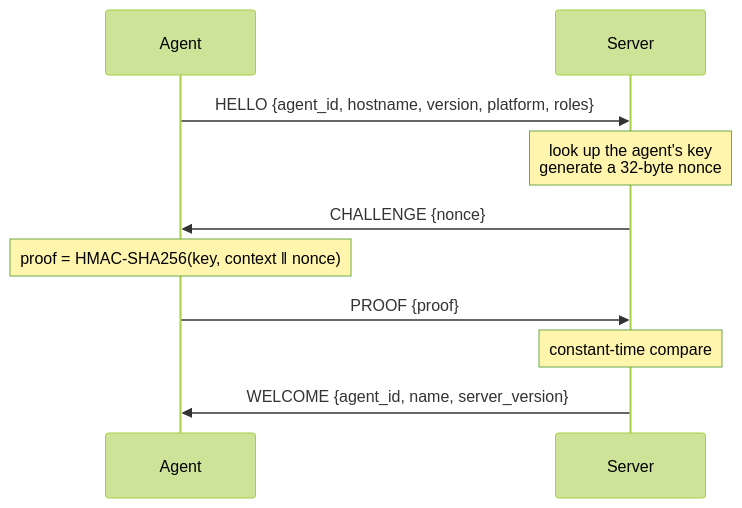
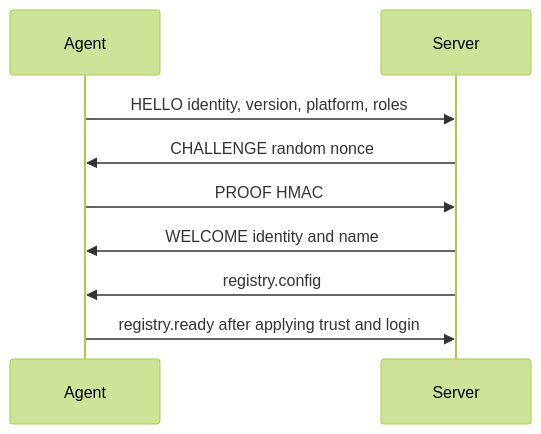
One commit to mustafanass/uruflow changed the diagram in docs/protocol.md. Above: the diagram before and after it, drawn with Mermaid (forest theme). The commit also changed other lines of this file and 316 other files, not shown here.

````diff
--- a/docs/protocol.md
+++ b/docs/protocol.md
@@ -119,13 +29,11 @@
 ```mermaid
 sequenceDiagram
     participant A as Agent
     participant S as Server
-
-    A->>S: HELLO {agent_id, hostname, version, platform, roles}
-    Note over S: look up the agent's key<br/>generate a 32-byte nonce
-    S->>A: CHALLENGE {nonce}
-    Note over A: proof = HMAC-SHA256(key, context ‖ nonce)
-    A->>S: PROOF {proof}
-    Note over S: constant-time compare
-    S->>A: WELCOME {agent_id, name, server_version}
+    A->>S: HELLO identity, version, platform, roles
+    S->>A: CHALLENGE random nonce
+    A->>S: PROOF HMAC
+    S->>A: WELCOME identity and name
+    S->>A: registry.config
+    A->>S: registry.ready after applying trust and login
 ```
````
